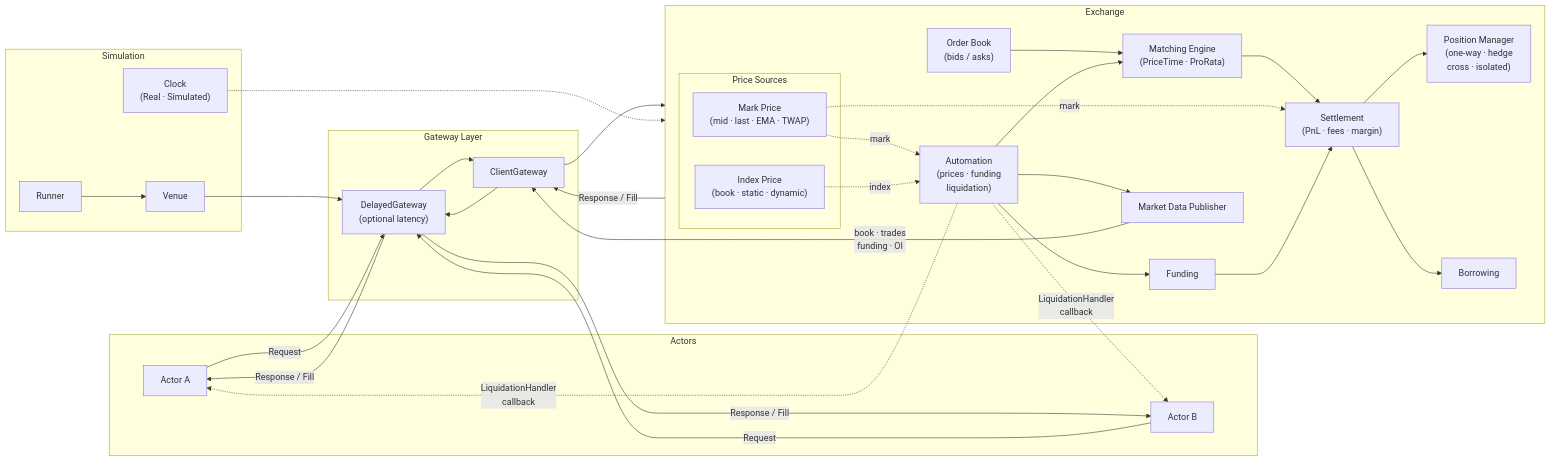
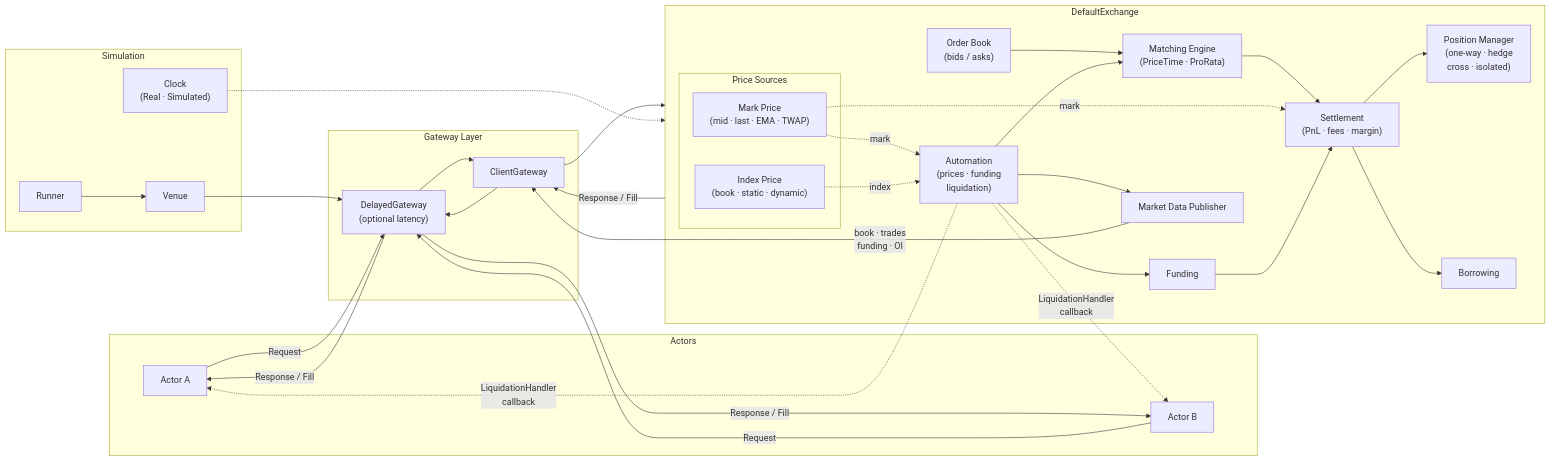
Before and after one commit to VladKochetov007/ExchangeSimulation: the diagram in README.md, drawn with Mermaid. The commit also changed other lines of this file and 16 other files, not shown here.

````diff
--- a/README.md
+++ b/README.md
@@ -11,62 +11,62 @@
 ```mermaid
 flowchart LR
     subgraph AL["Actors"]
         A1["Actor A"]
         A2["Actor B"]
     end
 
     subgraph GL["Gateway Layer"]
         DGW["DelayedGateway</br>(optional latency)"]
         CGW["ClientGateway"]
     end
 
-    subgraph EX["Exchange"]
+    subgraph EX["DefaultExchange"]
         OB["Order Book</br>(bids / asks)"]
         ME["Matching Engine</br>(PriceTime · ProRata)"]
         ST["Settlement</br>(PnL · fees · margin)"]
         PM["Position Manager</br>(one-way · hedge</br>cross · isolated)"]
         FM["Funding"]
         BM["Borrowing"]
         MDP["Market Data Publisher"]
         AUT["Automation</br>(prices · funding</br>liquidation)"]
         subgraph PS["Price Sources"]
             MP["Mark Price</br>(mid · last · EMA · TWAP)"]
             IP["Index Price</br>(book · static · dynamic)"]
         end
     end
 
     subgraph SIM["Simulation"]
         VENUE["Venue"]
         RUNNER["Runner"]
         CLK["Clock</br>(Real · Simulated)"]
     end
 
     A1 -- Request --> DGW
     A2 -- Request --> DGW
     DGW --> CGW
     CGW --> EX
     EX -- "Response / Fill" --> CGW
     CGW --> DGW
     DGW -- "Response / Fill" --> A1
     DGW -- "Response / Fill" --> A2
 
     OB --> ME
     ME --> ST
     ST --> PM
     ST --> BM
     MP -. mark .-> ST
     MP -. mark .-> AUT
     IP -. index .-> AUT
     AUT --> FM
     FM --> ST
     AUT --> MDP
     AUT -. "LiquidationHandler</br>callback" .-> A1
     AUT -. "LiquidationHandler</br>callback" .-> A2
     AUT --> ME
 
     MDP -- "book · trades</br>funding · OI" --> CGW
 
     CLK -.-> EX
     RUNNER --> VENUE
     VENUE --> DGW
 ```
````
